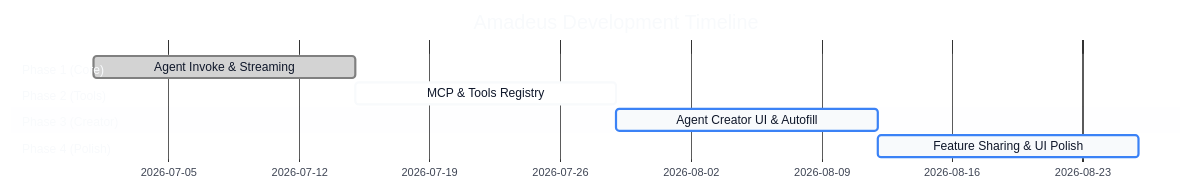
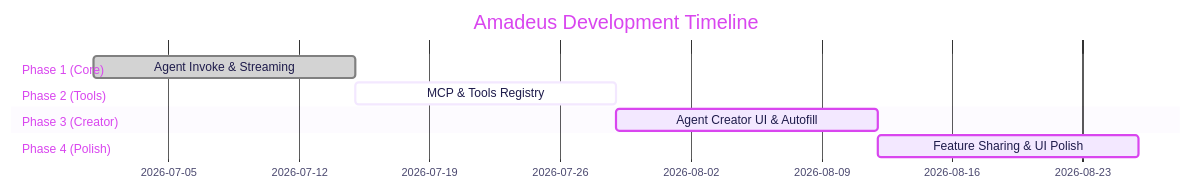
One commit to Engineering-Reality/kachponz changed the fourth of 4 diagrams in README.md. Above: the diagram before and after it, drawn with Mermaid. The commit also changed other lines of this file, not shown here.

Commit message:
docs: adjust mermaid theme colors to vibrant brand colors with light backgrounds for readability

````diff
--- a/README.md
+++ b/README.md
@@ -282,18 +282,18 @@
 ```mermaid
-%%{init: {'theme': 'base', 'themeVariables': { 'primaryColor': '#f8fafc', 'primaryTextColor': '#0f172a', 'primaryBorderColor': '#3b82f6', 'lineColor': '#94a3b8', 'titleColor': '#f8fafc'}}}%%
+%%{init: {'theme': 'base', 'themeVariables': { 'primaryColor': '#F3E8FF', 'primaryTextColor': '#1E1B4B', 'primaryBorderColor': '#D946EF', 'lineColor': '#3B82F6', 'titleColor': '#D946EF'}}}%%
 gantt
     title Amadeus Development Timeline
     dateFormat  YYYY-MM-DD
     
     section Phase 1 (Core)
     Agent Invoke & Streaming   :done,    p1, 2026-07-01, 14d
     
     section Phase 2 (Tools)
     MCP & Tools Registry       :active,  p2, 2026-07-15, 14d
     
     section Phase 3 (Creator)
     Agent Creator UI & Autofill:         p3, 2026-07-29, 14d
     
     section Phase 4 (Polish)
     Feature Sharing & UI Polish:         p4, 2026-08-12, 14d
 ```
````
